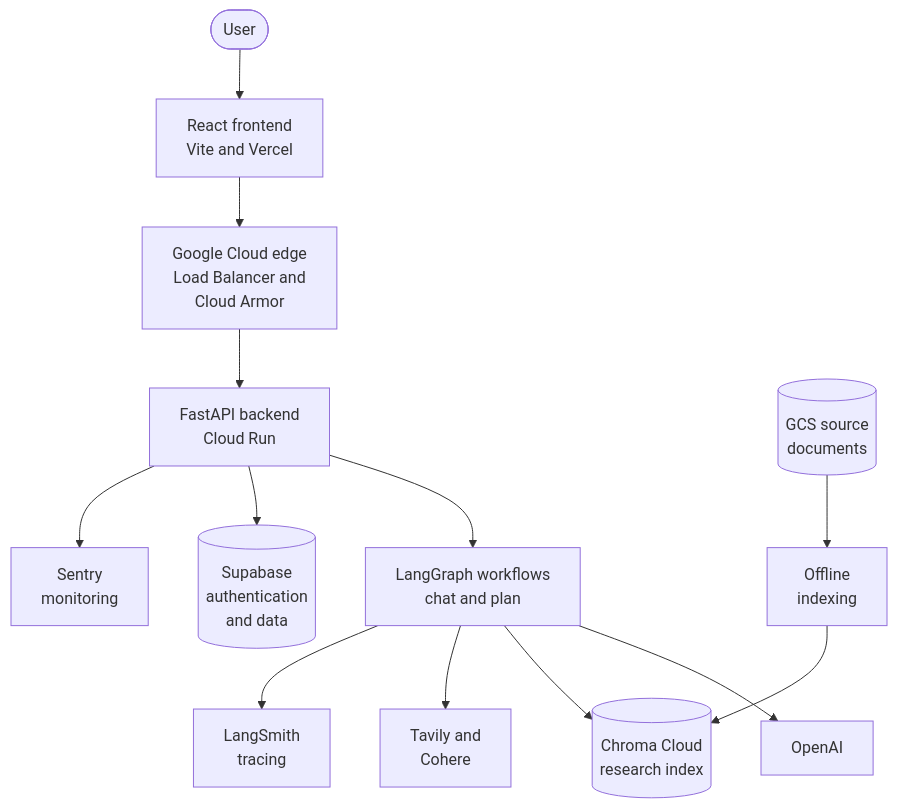
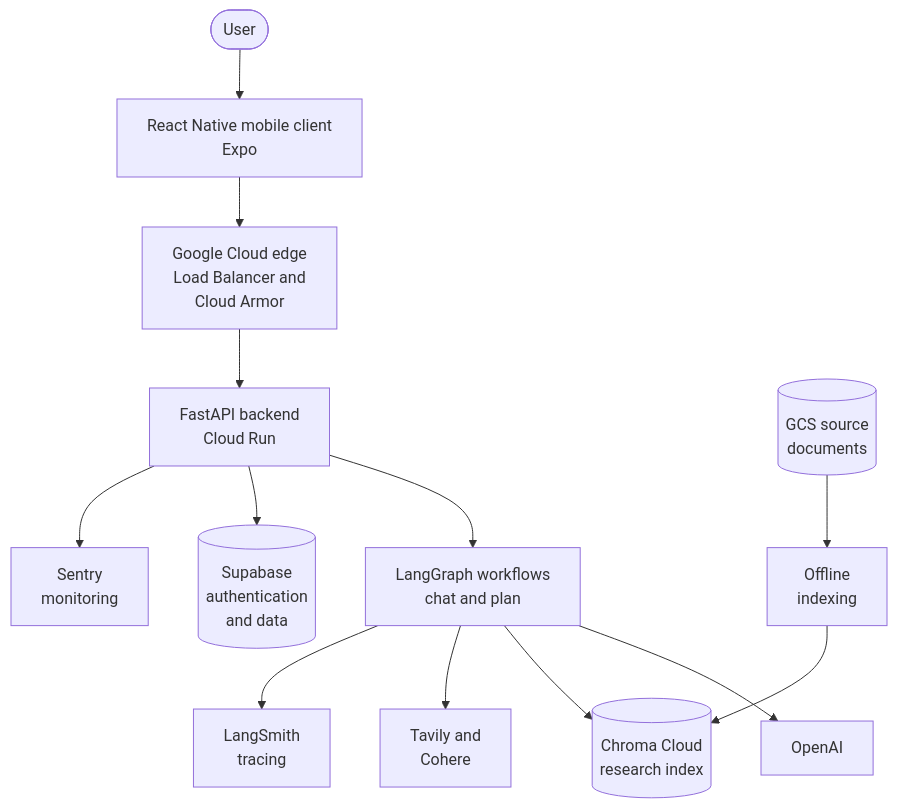
One commit to xurichard19/strength-and-conditioning-rag changed the first of 3 diagrams in README.md. Above: the diagram before and after it, drawn with Mermaid. The commit also changed other lines of this file, not shown here.

````diff
--- a/README.md
+++ b/README.md
@@ -11,15 +11,15 @@
 ```mermaid
 flowchart TB
-    User(["User"]) --> FE["React frontend<br/>Vite and Vercel"]
+    User(["User"]) --> FE["React Native mobile client<br/>Expo"]
     FE --> Edge["Google Cloud edge<br/>Load Balancer and<br/>Cloud Armor"]
     Edge --> API["FastAPI backend<br/>Cloud Run"]
     API --> Workflows["LangGraph workflows<br/>chat and plan"]
     API --> Supabase[("Supabase<br/>authentication<br/>and data")]
     API --> Sentry["Sentry<br/>monitoring"]
     Workflows --> OpenAI["OpenAI"]
     Workflows --> Chroma[("Chroma Cloud<br/>research index")]
     Workflows --> SearchServices["Tavily and<br/>Cohere"]
     Workflows --> LangSmith["LangSmith<br/>tracing"]
     Docs[("GCS source<br/>documents")] --> Index["Offline<br/>indexing"]
     Index --> Chroma
 ```
````
